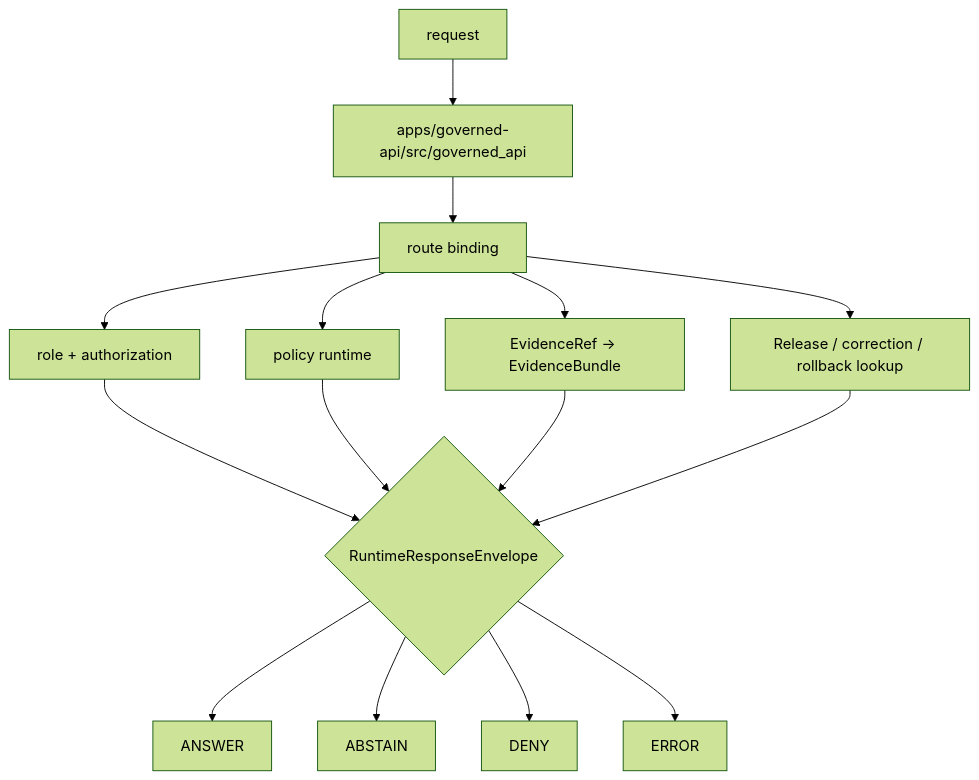
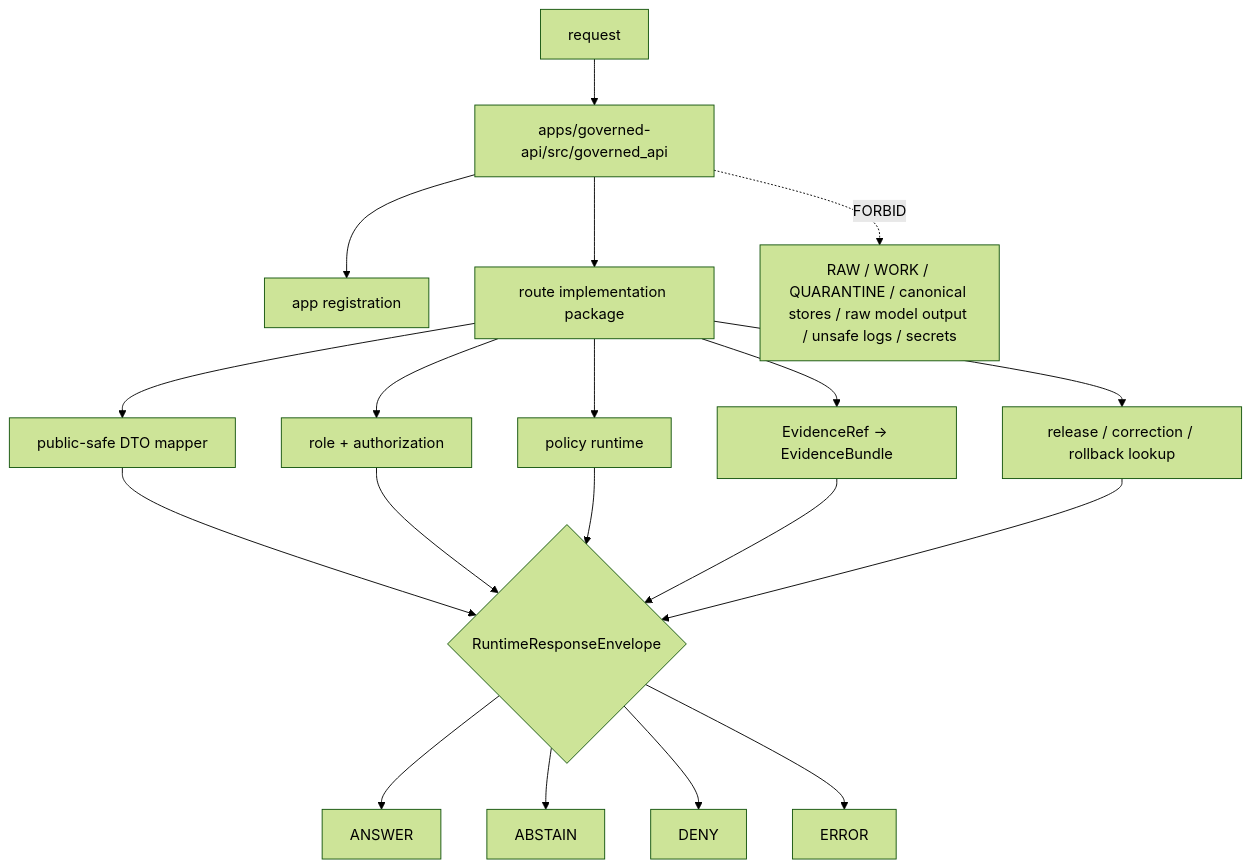
Before and after one commit to bartytime4life/Kansas-Frontier-Matrix: the diagram in apps/governed-api/src/governed_api/README.md, drawn with Mermaid (forest theme). The commit also changed other lines of this file, not shown here.

Commit message:
docs: update governed api package readme

````diff
--- a/apps/governed-api/src/governed_api/README.md
+++ b/apps/governed-api/src/governed_api/README.md
@@ -223,17 +286,21 @@
 ```mermaid
 flowchart TD
     req["request"] --> pkg["apps/governed-api/src/governed_api"]
-    pkg --> routes["route binding"]
+    pkg --> register["app registration"]
+    pkg --> routes["route implementation package"]
     routes --> auth["role + authorization"]
     routes --> policy["policy runtime"]
     routes --> evidence["EvidenceRef -> EvidenceBundle"]
-    routes --> release["Release / correction / rollback lookup"]
-    auth --> envelope{"RuntimeResponseEnvelope"}
+    routes --> release["release / correction / rollback lookup"]
+    routes --> mapper["public-safe DTO mapper"]
+    mapper --> envelope{"RuntimeResponseEnvelope"}
+    auth --> envelope
     policy --> envelope
     evidence --> envelope
     release --> envelope
     envelope --> answer["ANSWER"]
     envelope --> abstain["ABSTAIN"]
     envelope --> deny["DENY"]
     envelope --> error["ERROR"]
+    pkg -. FORBID .-> raw["RAW / WORK / QUARANTINE / canonical stores / raw model output / unsafe logs / secrets"]
 ```
````
